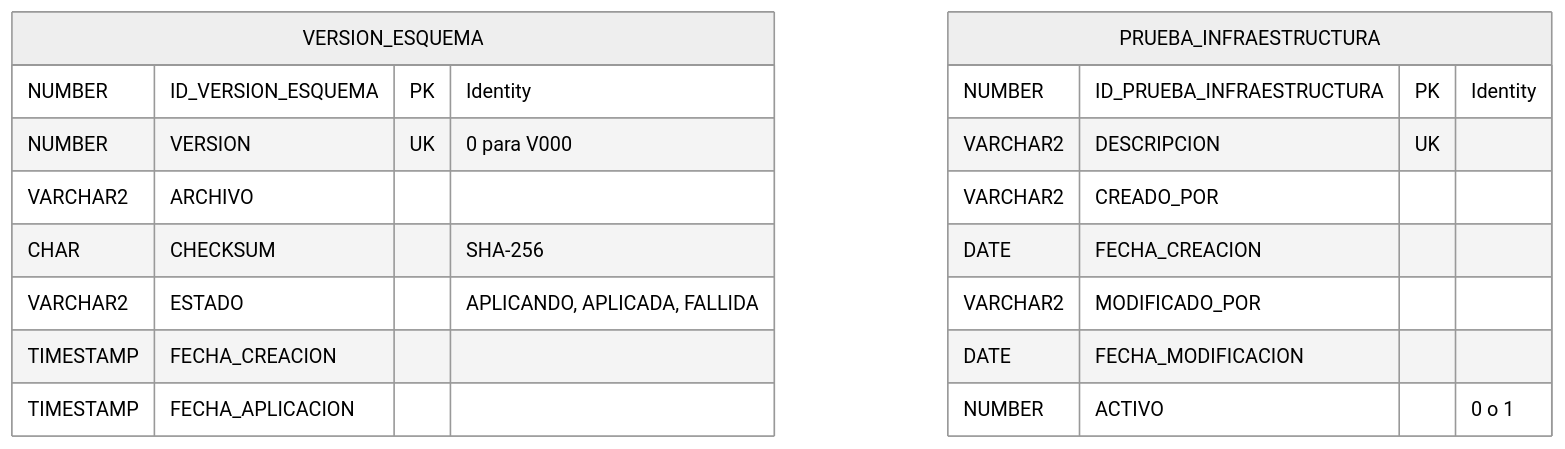
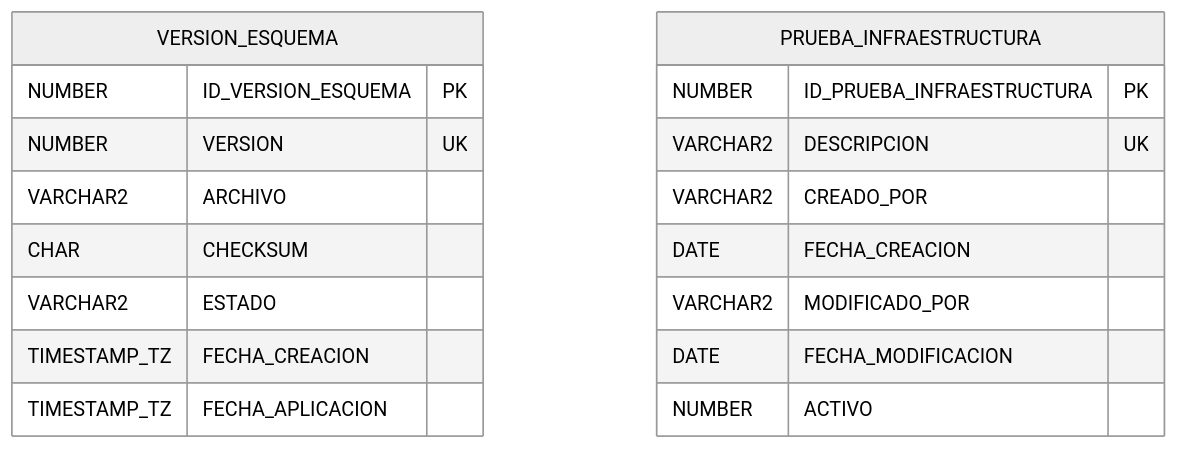
Before and after one commit to emartinez-umg/Nomina_2: the first of 13 diagrams in docs/ERD.md, drawn with Mermaid (neutral theme). The commit also changed other lines of this file and 34 other files, not shown here.

````diff
--- a/docs/ERD.md
+++ b/docs/ERD.md
@@ -6,21 +39,21 @@
 ```mermaid
 erDiagram
     VERSION_ESQUEMA {
-        NUMBER ID_VERSION_ESQUEMA PK "Identity"
-        NUMBER VERSION UK "0 para V000"
+        NUMBER ID_VERSION_ESQUEMA PK
+        NUMBER VERSION UK
         VARCHAR2 ARCHIVO
-        CHAR CHECKSUM "SHA-256"
-        VARCHAR2 ESTADO "APLICANDO, APLICADA, FALLIDA"
-        TIMESTAMP FECHA_CREACION
-        TIMESTAMP FECHA_APLICACION
+        CHAR CHECKSUM
+        VARCHAR2 ESTADO
+        TIMESTAMP_TZ FECHA_CREACION
+        TIMESTAMP_TZ FECHA_APLICACION
     }
     PRUEBA_INFRAESTRUCTURA {
-        NUMBER ID_PRUEBA_INFRAESTRUCTURA PK "Identity"
+        NUMBER ID_PRUEBA_INFRAESTRUCTURA PK
         VARCHAR2 DESCRIPCION UK
         VARCHAR2 CREADO_POR
         DATE FECHA_CREACION
         VARCHAR2 MODIFICADO_POR
         DATE FECHA_MODIFICACION
-        NUMBER ACTIVO "0 o 1"
+        NUMBER ACTIVO
     }
 ```
````
